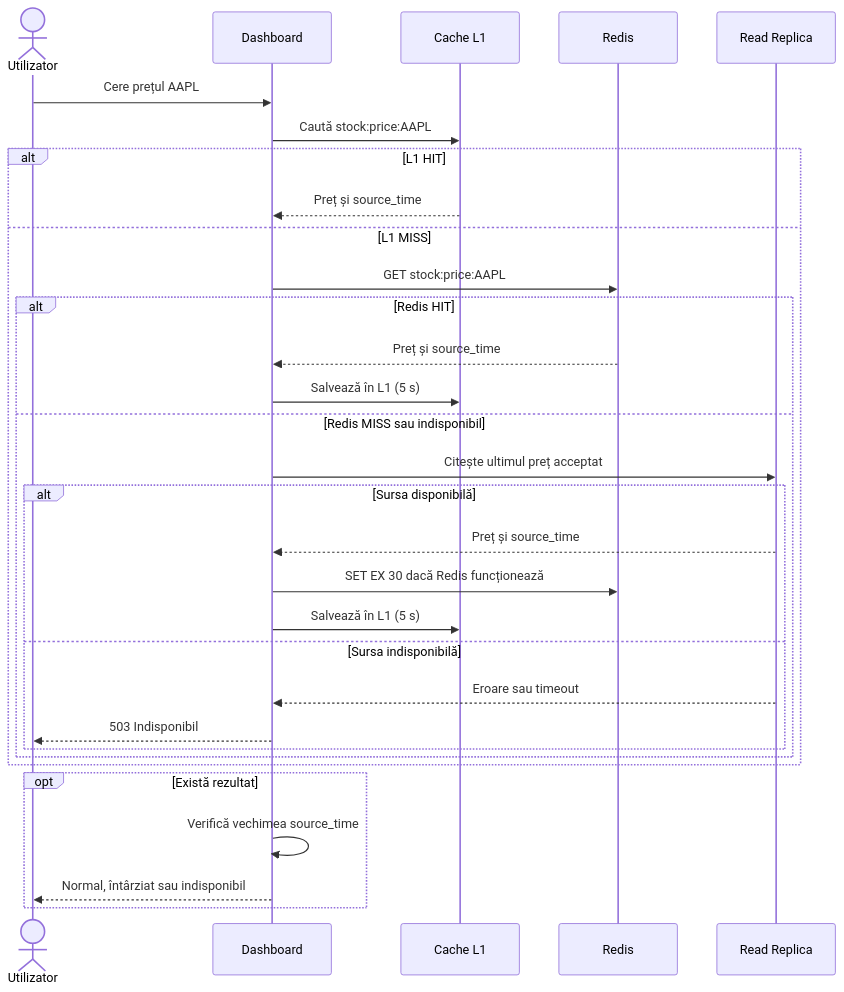
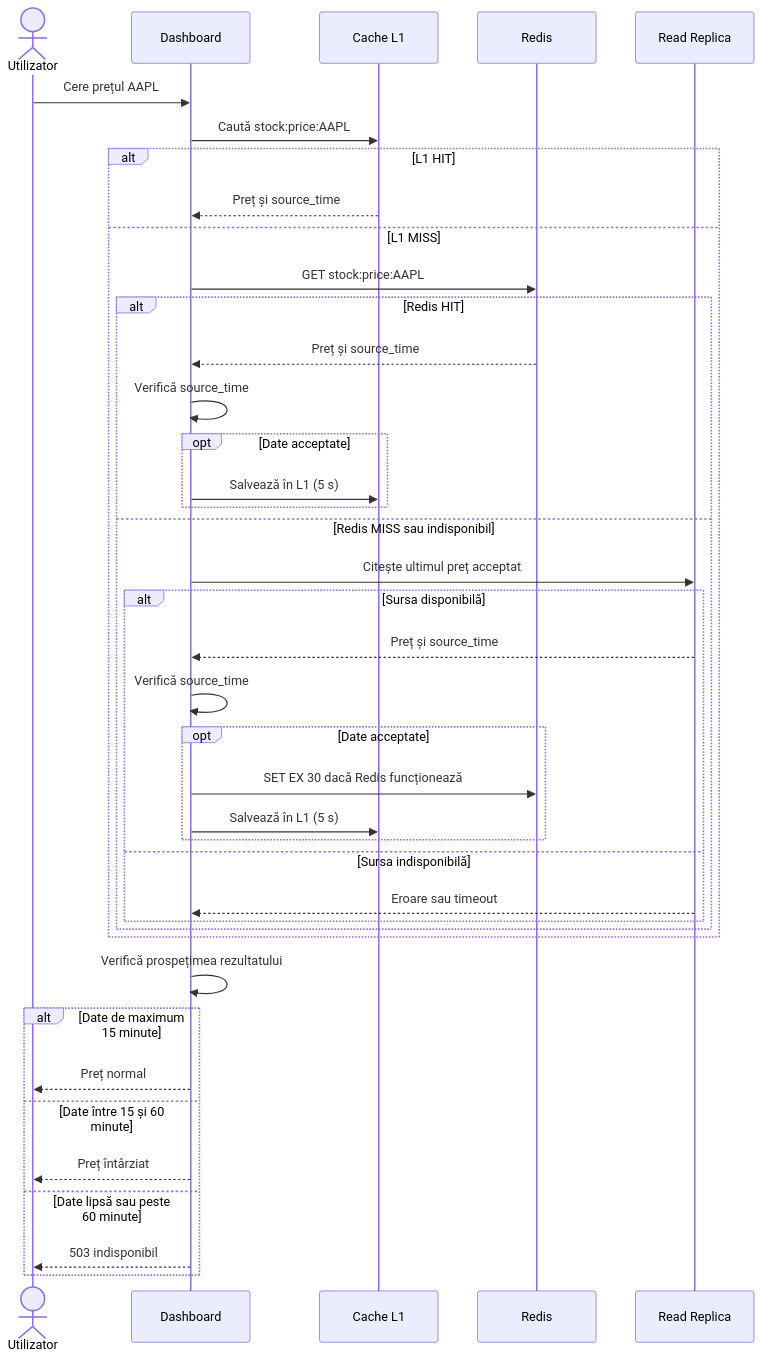
The second of 3 diagrams in lab4.md (sainciucbeatricie/psi-labs), drawn with Mermaid before and after one commit. The commit also changed other lines of this file, not shown here.

First line of the commit message:
Refine cache handling and data validation in lab4.md

````diff
--- a/lab4.md
+++ b/lab4.md
@@ -146,36 +146,45 @@
 ```mermaid
 sequenceDiagram
     actor U as Utilizator
     participant D as Dashboard
-    participant L as Cache L1
+    participant L1 as Cache L1
     participant R as Redis
     participant DB as Read Replica
 
     U->>D: Cere prețul AAPL
-    D->>L: Caută stock:price:AAPL
+    D->>L1: Caută stock:price:AAPL
 
     alt L1 HIT
-        L-->>D: Preț și source_time
+        L1-->>D: Preț și source_time
     else L1 MISS
         D->>R: GET stock:price:AAPL
         alt Redis HIT
             R-->>D: Preț și source_time
-            D->>L: Salvează în L1 (5 s)
+            D->>D: Verifică source_time
+            opt Date acceptate
+                D->>L1: Salvează în L1 (5 s)
+            end
         else Redis MISS sau indisponibil
             D->>DB: Citește ultimul preț acceptat
             alt Sursa disponibilă
                 DB-->>D: Preț și source_time
-                D->>R: SET EX 30 dacă Redis funcționează
-                D->>L: Salvează în L1 (5 s)
+                D->>D: Verifică source_time
+                opt Date acceptate
+                    D->>R: SET EX 30 dacă Redis funcționează
+                    D->>L1: Salvează în L1 (5 s)
+                end
             else Sursa indisponibilă
                 DB-->>D: Eroare sau timeout
-                D-->>U: 503 Indisponibil
             end
         end
     end
 
-    opt Există rezultat
-        D->>D: Verifică vechimea source_time
-        D-->>U: Normal, întârziat sau indisponibil
+    D->>D: Verifică prospețimea rezultatului
+    alt Date de maximum 15 minute
+        D-->>U: Preț normal
+    else Date între 15 și 60 minute
+        D-->>U: Preț întârziat
+    else Date lipsă sau peste 60 minute
+        D-->>U: 503 indisponibil
     end
 ```
````
